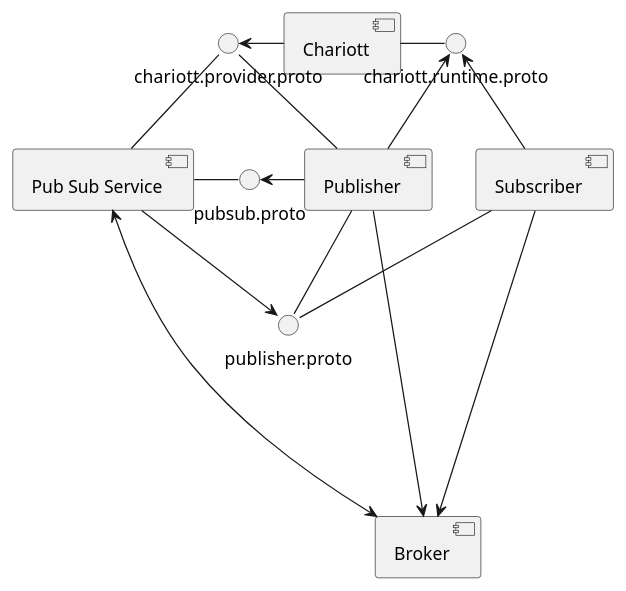
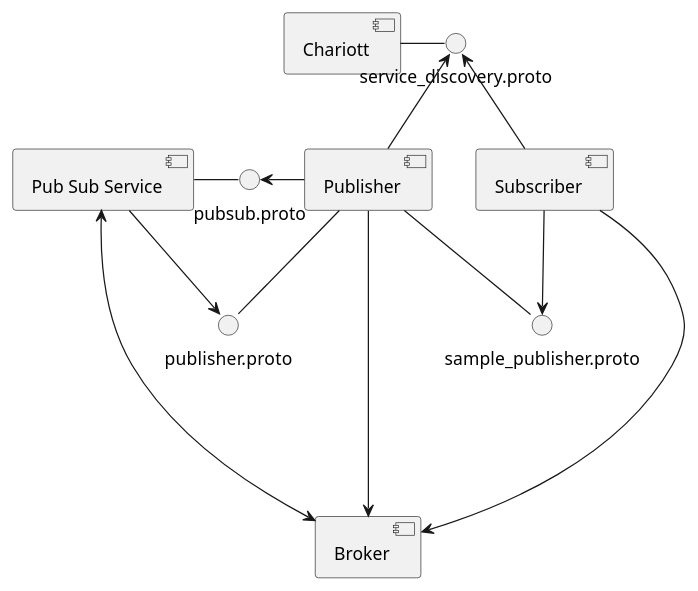
One commit to eclipse-chariott/Agemo changed the diagram in docs/diagrams/pubsub_chariott_component.puml. Above: the diagram before and after it, drawn with PlantUML. The commit also changed 3 other files, not shown here.

Commit message:
Update documentation and diagrams to show new pattern

```diff
--- a/docs/diagrams/pubsub_chariott_component.puml
+++ b/docs/diagrams/pubsub_chariott_component.puml
@@ -1,29 +1,27 @@
 @startuml pubsub chariott component diagram
 component "Chariott" as chariott
 
-chariott -left-> chariott.provider.proto
-chariott -right- chariott.runtime.proto
+chariott -right- service_discovery.proto
 
 component "Pub Sub Service" as ps_service
 
-ps_service -up- chariott.provider.proto
 ps_service -right- pubsub.proto
 ps_service -down-> publisher.proto
 
 component "Publisher" as pub
 
-pub -up- chariott.provider.proto
-pub -up-> chariott.runtime.proto
+pub -up-> service_discovery.proto
 pub -left-> pubsub.proto
 pub -down- publisher.proto
+pub -down- sample_publisher.proto
 
 component "Subscriber" as sub
 
-sub -up-> chariott.runtime.proto
-sub -down- publisher.proto
+sub -up-> service_discovery.proto
+sub -down-> sample_publisher.proto
 
 [ps_service] <--down--> [Broker]
 [pub] -down-> [Broker]
 [sub] -down-> [Broker]
 
 @enduml
```
